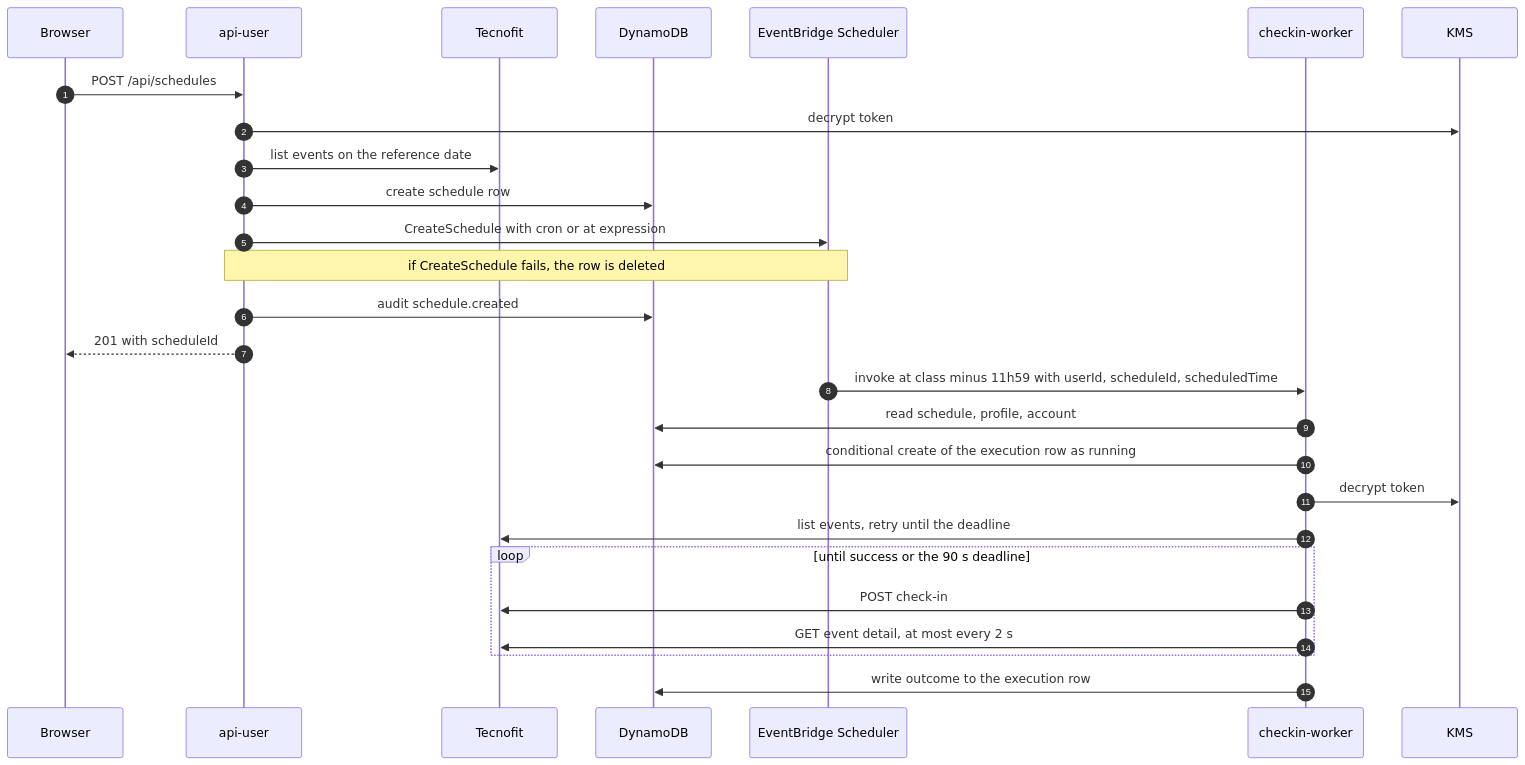
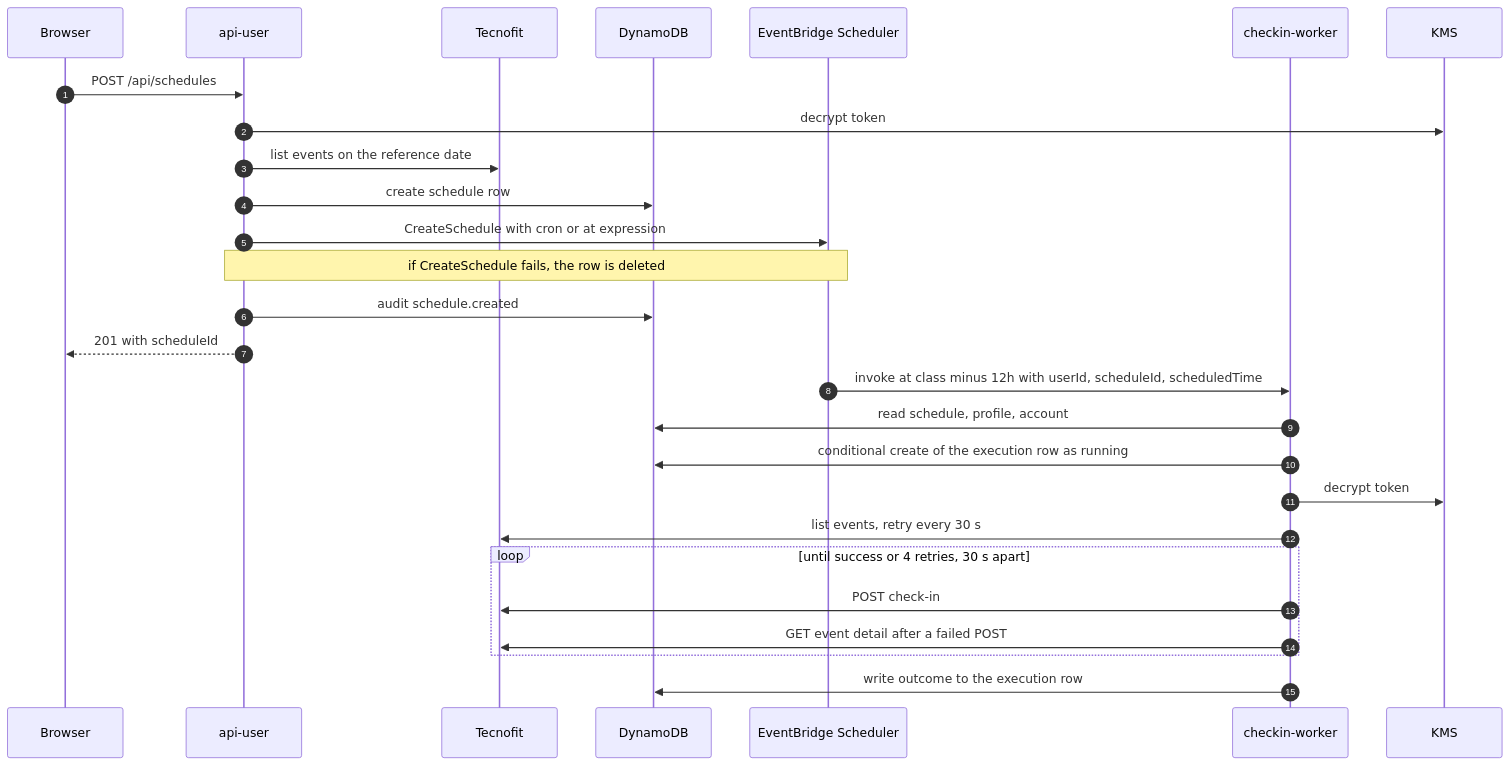
The second of 4 diagrams in docs/architecture.md (alexandresilvestri/tecnofit-auto-checkin), drawn with Mermaid before and after one commit. The commit also changed other lines of this file and 19 other files, not shown here.

Commit message:
feat(worker): fire check-in at opening and retry every 30 s (#19)

````diff
--- a/docs/architecture.md
+++ b/docs/architecture.md
@@ -152,30 +152,30 @@
 ```mermaid
 sequenceDiagram
   autonumber
   participant B as Browser
   participant U as api-user
   participant T as Tecnofit
   participant D as DynamoDB
   participant S as EventBridge Scheduler
   participant W as checkin-worker
   participant K as KMS
 
   B->>U: POST /api/schedules
   U->>K: decrypt token
   U->>T: list events on the reference date
   U->>D: create schedule row
   U->>S: CreateSchedule with cron or at expression
   Note over U,S: if CreateSchedule fails, the row is deleted
   U->>D: audit schedule.created
   U-->>B: 201 with scheduleId
-  S->>W: invoke at class minus 11h59 with userId, scheduleId, scheduledTime
+  S->>W: invoke at class minus 12h with userId, scheduleId, scheduledTime
   W->>D: read schedule, profile, account
   W->>D: conditional create of the execution row as running
   W->>K: decrypt token
-  W->>T: list events, retry until the deadline
-  loop until success or the 90 s deadline
+  W->>T: list events, retry every 30 s
+  loop until success or 4 retries, 30 s apart
     W->>T: POST check-in
-    W->>T: GET event detail, at most every 2 s
+    W->>T: GET event detail after a failed POST
   end
   W->>D: write outcome to the execution row
 ```
````
